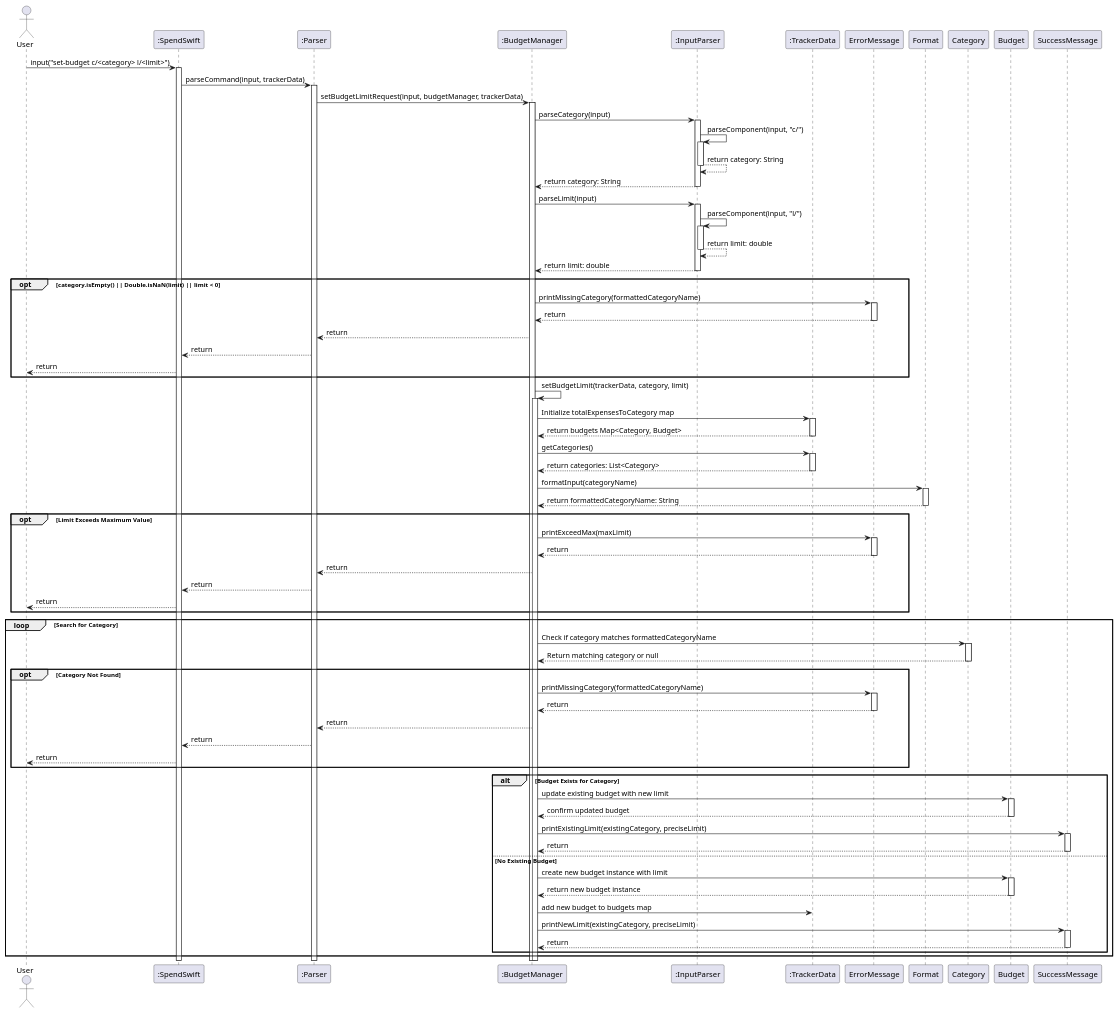
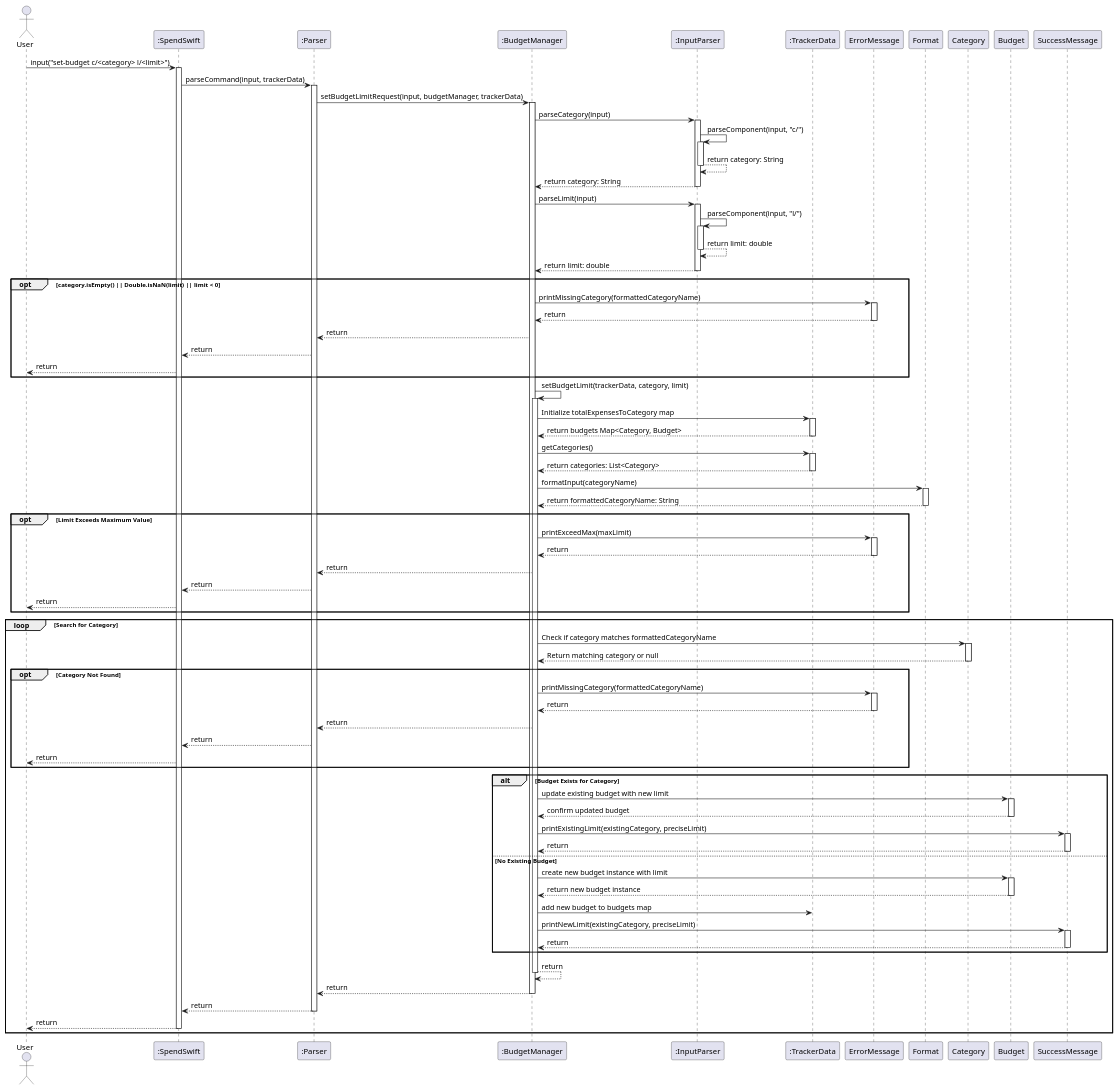
The diagram in docs/diagrams/SetBudget.puml (nus-cs2113-AY2425S1/tp), drawn with PlantUML before and after one commit. The commit also changed 9 other files, not shown here.

Commit message:
Refactor sequence diagrams for consistency

```diff
--- a/docs/diagrams/SetBudget.puml
+++ b/docs/diagrams/SetBudget.puml
@@ -1,113 +1,125 @@
 @startuml
 
 actor User
 participant ":SpendSwift" as SpendSwift
 participant ":Parser" as Parser
 participant ":BudgetManager" as BudgetManager
 participant ":InputParser" as InputParser
 participant ":TrackerData" as TrackerData
 
 User -> SpendSwift : input("set-budget c/<category> l/<limit>")
 activate SpendSwift
 SpendSwift -> Parser : parseCommand(input, trackerData)
 
 activate Parser
 Parser -> BudgetManager : setBudgetLimitRequest(input, budgetManager, trackerData)
 
 activate BudgetManager
 BudgetManager -> InputParser : parseCategory(input)
 activate InputParser
 InputParser -> InputParser : parseComponent(input, "c/")
     activate InputParser
     InputParser --> InputParser : return category: String
     deactivate InputParser
 InputParser --> BudgetManager : return category: String
 deactivate InputParser
 
 BudgetManager -> InputParser : parseLimit(input)
 activate InputParser
 InputParser -> InputParser : parseComponent(input, "l/")
     activate InputParser
     InputParser --> InputParser : return limit: double
     deactivate InputParser
 InputParser --> BudgetManager : return limit: double
 deactivate InputParser
 
 opt category.isEmpty() || Double.isNaN(limit) || limit < 0
     BudgetManager -> ErrorMessage : printMissingCategory(formattedCategoryName)
     activate ErrorMessage
     ErrorMessage --> BudgetManager : return
     deactivate ErrorMessage
     BudgetManager --> Parser : return
     Parser --> SpendSwift : return
     SpendSwift --> User : return
 end
 
 BudgetManager -> BudgetManager : setBudgetLimit(trackerData, category, limit)
 activate BudgetManager
 
 BudgetManager -> TrackerData : Initialize totalExpensesToCategory map
 activate TrackerData
 TrackerData --> BudgetManager : return budgets Map<Category, Budget>
 deactivate TrackerData
 
 BudgetManager -> TrackerData : getCategories()
 activate TrackerData
 TrackerData --> BudgetManager : return categories: List<Category>
 deactivate TrackerData
 
 BudgetManager -> Format : formatInput(categoryName)
 activate Format
 Format --> BudgetManager : return formattedCategoryName: String
 deactivate Format
 
 opt Limit Exceeds Maximum Value
     BudgetManager -> ErrorMessage : printExceedMax(maxLimit)
     activate ErrorMessage
     ErrorMessage --> BudgetManager : return
     deactivate ErrorMessage
     BudgetManager --> Parser : return
     Parser --> SpendSwift : return
     SpendSwift --> User : return
 end
 
     loop Search for Category
         BudgetManager -> Category : Check if category matches formattedCategoryName
         activate Category
         Category --> BudgetManager : Return matching category or null
         deactivate Category
 
     opt Category Not Found
         BudgetManager -> ErrorMessage : printMissingCategory(formattedCategoryName)
         activate ErrorMessage
         ErrorMessage --> BudgetManager : return
         deactivate ErrorMessage
         BudgetManager --> Parser : return
         Parser --> SpendSwift : return
         SpendSwift --> User : return
     end
 
     alt Budget Exists for Category
         BudgetManager -> Budget : update existing budget with new limit
         activate Budget
         Budget --> BudgetManager : confirm updated budget
         deactivate Budget
         BudgetManager -> SuccessMessage : printExistingLimit(existingCategory, preciseLimit)
         activate SuccessMessage
         SuccessMessage --> BudgetManager : return
         deactivate SuccessMessage
     else No Existing Budget
         BudgetManager -> Budget : create new budget instance with limit
         activate Budget
         Budget --> BudgetManager : return new budget instance
         deactivate Budget
         BudgetManager -> TrackerData : add new budget to budgets map
         BudgetManager -> SuccessMessage : printNewLimit(existingCategory, preciseLimit)
         activate SuccessMessage
         SuccessMessage --> BudgetManager : return
         deactivate SuccessMessage
     end
 
+    BudgetManager --> BudgetManager : return
+    deactivate BudgetManager
+
+    BudgetManager --> Parser : return
+    deactivate BudgetManager
+
+    Parser --> SpendSwift : return
+    deactivate Parser
+
+    SpendSwift --> User : return
+    deactivate SpendSwift
+
 end
 
 @enduml
```
